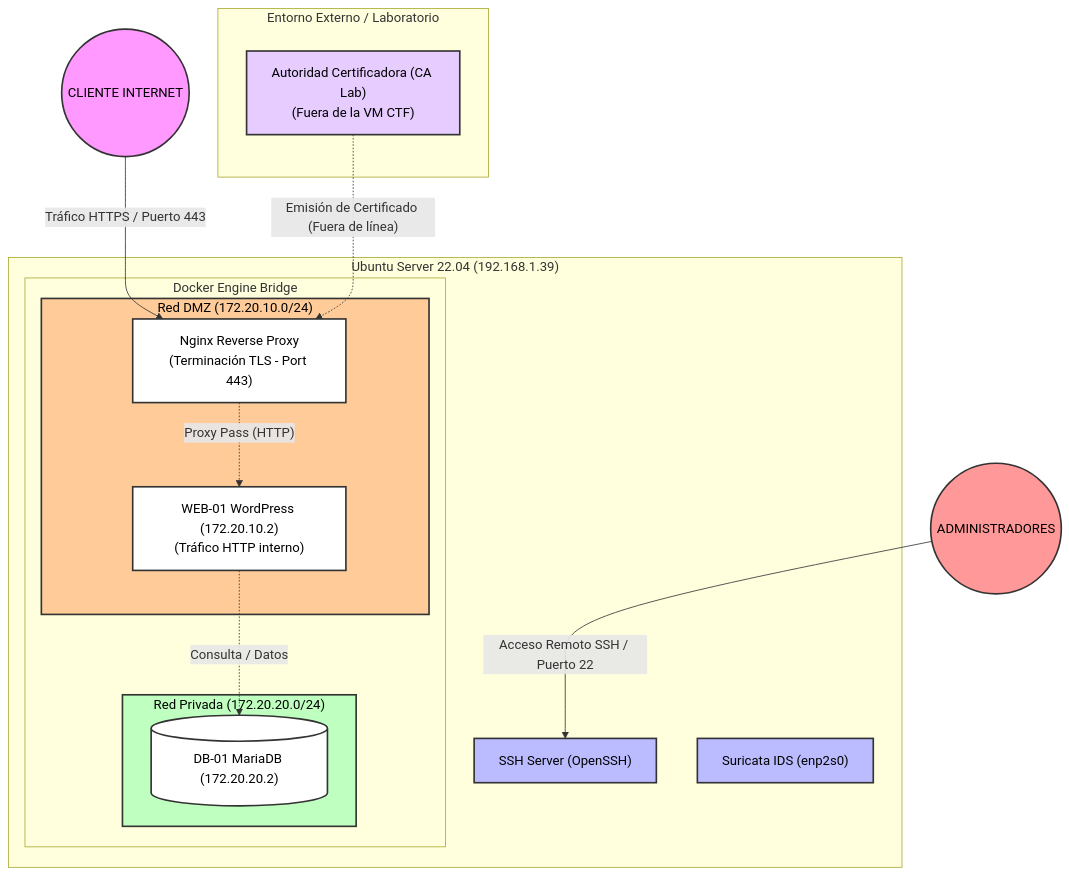
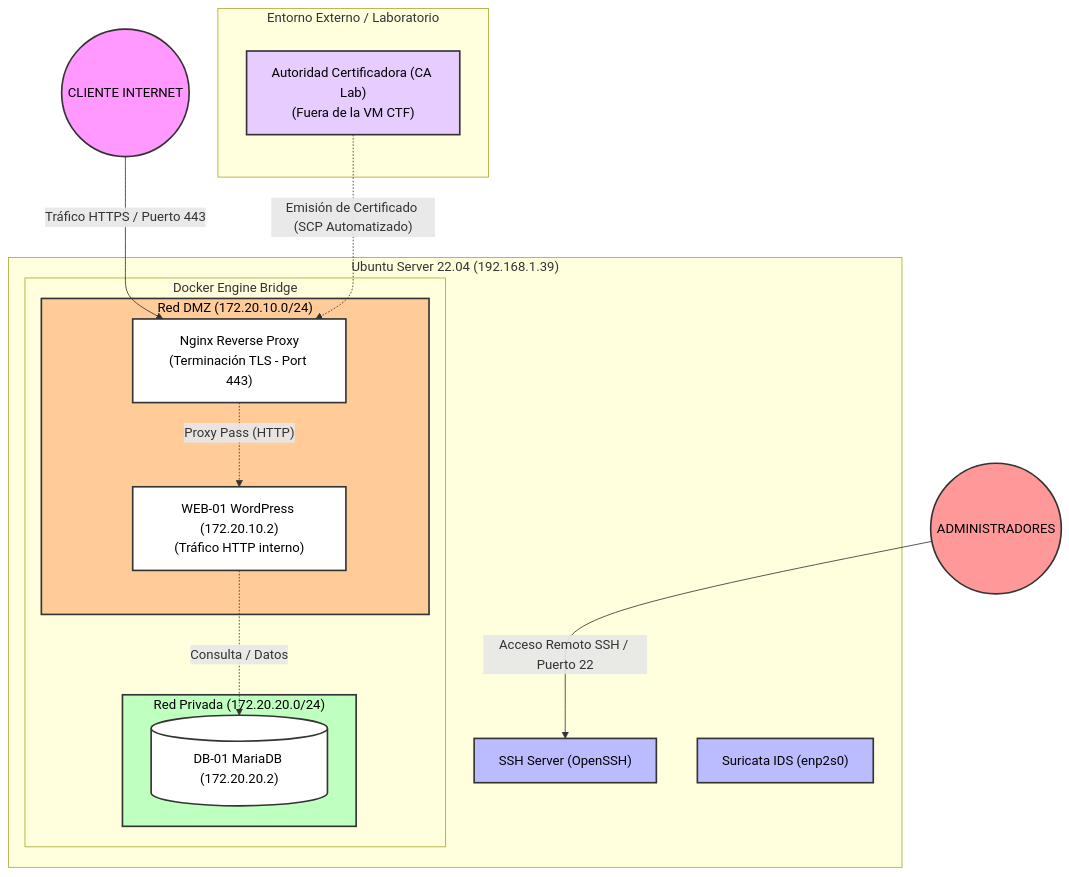
Before and after one commit to eduzavarce/ctf-ecommerce-docker-lab: the second of 2 diagrams in README.md, drawn with Mermaid. The commit also changed other lines of this file and 30 other files, not shown here.

````diff
--- a/README.md
+++ b/README.md
@@ -168,39 +168,39 @@
 ```mermaid
 graph TD
     classDef clientStyle fill:#f9f,stroke:#333,stroke-width:2px,color:#000;
     classDef adminStyle fill:#ff9999,stroke:#333,stroke-width:2px,color:#000;
     classDef hostStyle fill:#bbf,stroke:#333,stroke-width:2px,color:#000;
     classDef dmzStyle fill:#ffcc99,stroke:#333,stroke-width:2px,color:#000;
     classDef privStyle fill:#bfffbf,stroke:#333,stroke-width:2px,color:#000;
     classDef serviceStyle fill:#fff,stroke:#333,stroke-width:2px,color:#000;
     classDef caStyle fill:#e6ccff,stroke:#333,stroke-width:2px,color:#000;
 
     CLIENTE(("CLIENTE INTERNET")):::clientStyle -->|Tráfico HTTPS / Puerto 443| NGINX
     ADMIN(("ADMINISTRADORES")):::adminStyle -->|Acceso Remoto SSH / Puerto 22| SSH
 
     subgraph EXTERNAL ["Entorno Externo / Laboratorio"]
         CA["Autoridad Certificadora (CA Lab)<br/>(Fuera de la VM CTF)"]:::caStyle
     end
 
     subgraph HOST ["Ubuntu Server 22.04 (192.168.1.39)"]
         SSH["SSH Server (OpenSSH)"]:::hostStyle
         Suricata["Suricata IDS (enp2s0)"]:::hostStyle
         
         subgraph DOCKER ["Docker Engine Bridge"]
             subgraph DMZ ["Red DMZ (172.20.10.0/24)"]
                 NGINX["Nginx Reverse Proxy<br/>(Terminación TLS - Port 443)"]:::serviceStyle
                 WEB["WEB-01 WordPress (172.20.10.2)<br/>(Tráfico HTTP interno)"]:::serviceStyle
             end
             subgraph PRIV ["Red Privada (172.20.20.0/24)"]
                 DB[("DB-01 MariaDB (172.20.20.2)")]:::serviceStyle
             end
         end
     end
 
-    CA -.->|"Emisión de Certificado (Fuera de línea)"| NGINX
+    CA -.->|"Emisión de Certificado (SCP Automatizado)"| NGINX
     NGINX -.->|"Proxy Pass (HTTP)"| WEB
     WEB -.->|"Consulta / Datos"| DB
 
     class DMZ dmzStyle;
     class PRIV privStyle;
 ```
````
